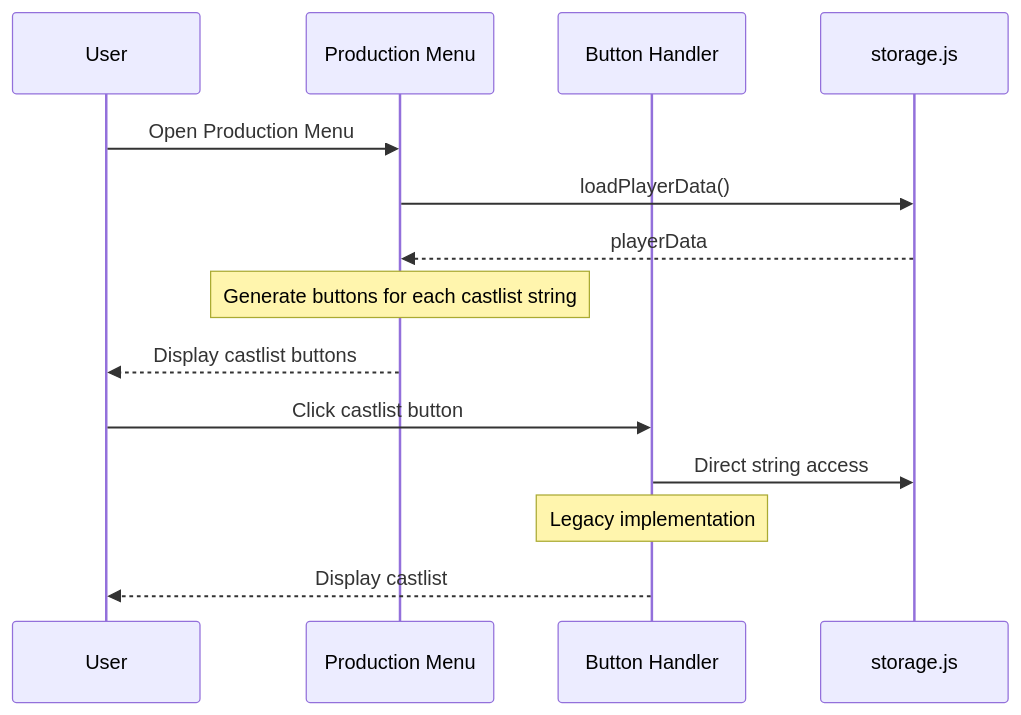
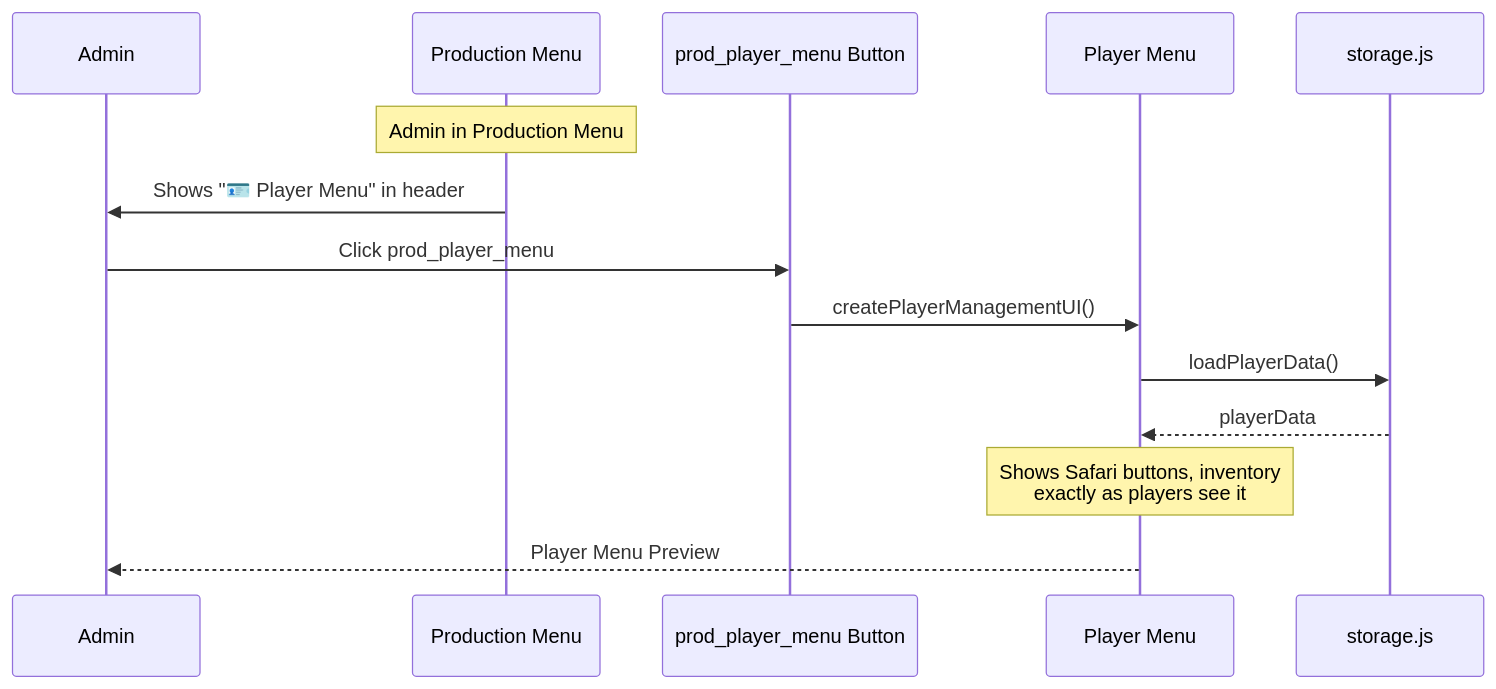
Before and after one commit to extremedonkey/castbot: the eighth of 13 diagrams in docs/architecture/CastlistArchitecture.md, drawn with Mermaid. The commit also changed other lines of this file and 6 other files, not shown here.

Commit message:
Add debug logging to trace Player Menu castlist button regression

````diff
--- a/docs/architecture/CastlistArchitecture.md
+++ b/docs/architecture/CastlistArchitecture.md
@@ -248,19 +365,18 @@
 ```mermaid
 sequenceDiagram
-    participant User
-    participant Menu as Production Menu
-    participant Handler as Button Handler
+    participant Admin
+    participant ProdMenu as Production Menu
+    participant Button as prod_player_menu Button
+    participant PlayerMenu as Player Menu
     participant Storage as storage.js
 
-    User->>Menu: Open Production Menu
-    Menu->>Storage: loadPlayerData()
-    Storage-->>Menu: playerData
+    Note over ProdMenu: Admin in Production Menu
+    ProdMenu->>Admin: Shows "🪪 Player Menu" in header
 
-    Note over Menu: Generate buttons for each castlist string
-    Menu-->>User: Display castlist buttons
-
-    User->>Handler: Click castlist button
-    Handler->>Storage: Direct string access
-    Note over Handler: Legacy implementation
-    Handler-->>User: Display castlist
+    Admin->>Button: Click prod_player_menu
+    Button->>PlayerMenu: createPlayerManagementUI()
+    PlayerMenu->>Storage: loadPlayerData()
+    Storage-->>PlayerMenu: playerData
+    Note over PlayerMenu: Shows Safari buttons, inventory<br/>exactly as players see it
+    PlayerMenu-->>Admin: Player Menu Preview
 ```
````
